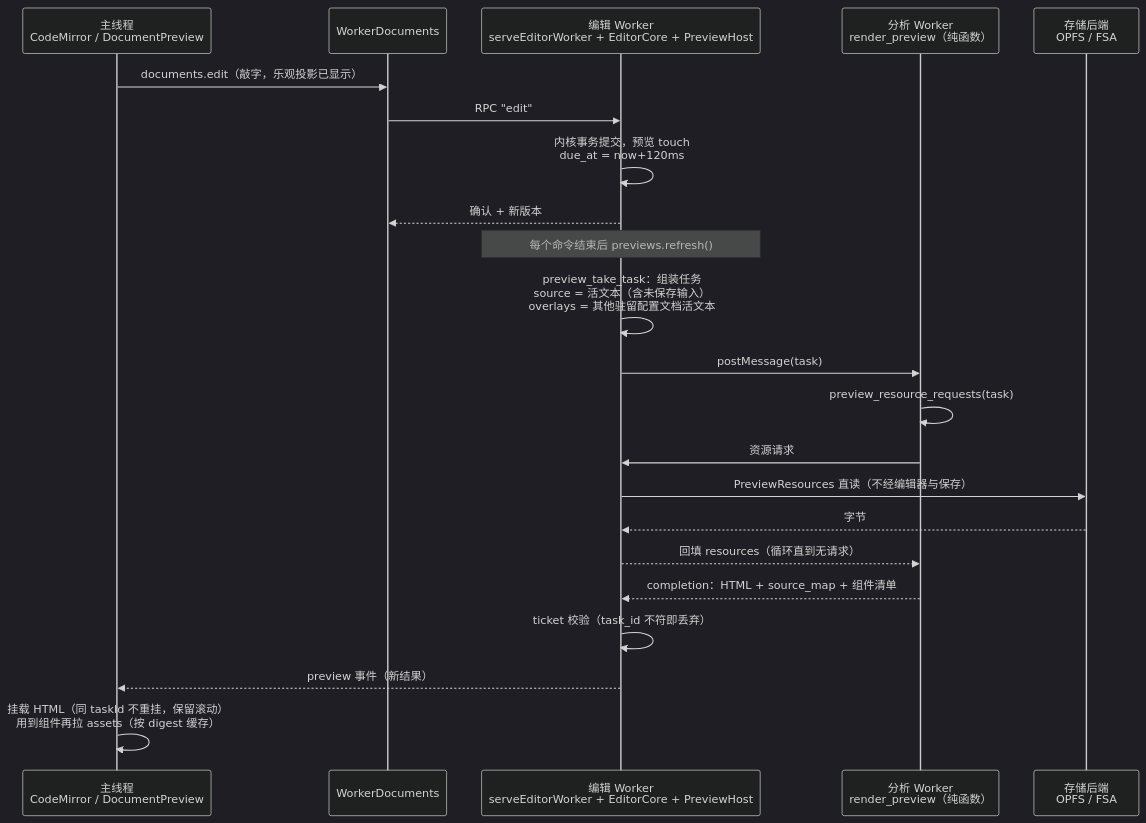
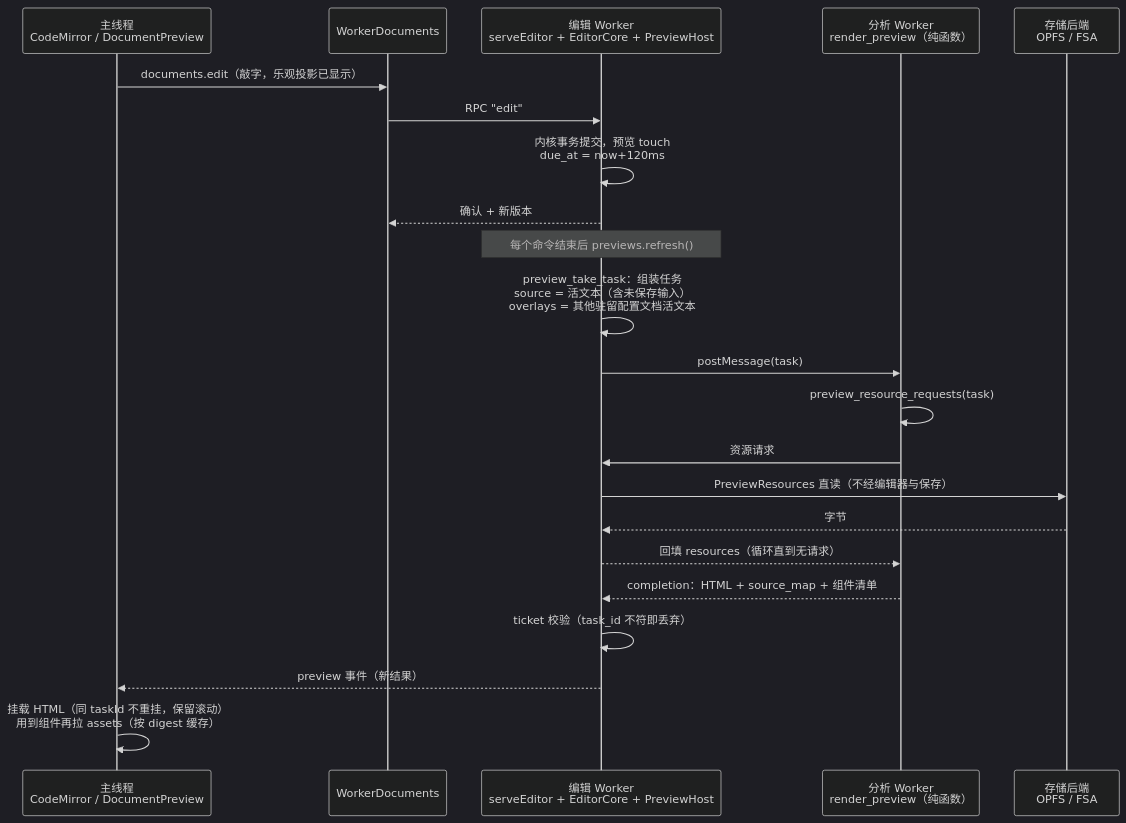
One commit to AzurIce/celestite changed the second of 2 diagrams in docs/core.md. Above: the diagram before and after it, drawn with Mermaid (dark theme). The commit also changed other lines of this file and 51 other files, not shown here.

````diff
--- a/docs/core.md
+++ b/docs/core.md
@@ -111,25 +109,25 @@
 ```mermaid
 sequenceDiagram
     participant UI as 主线程<br/>CodeMirror / DocumentPreview
     participant WD as WorkerDocuments
-    participant SVC as 编辑 Worker<br/>serveEditorWorker + EditorCore + PreviewHost
+    participant SVC as 编辑 Worker<br/>serveEditor + EditorCore + PreviewHost
     participant AW as 分析 Worker<br/>render_preview（纯函数）
     participant FS as 存储后端<br/>OPFS / FSA
 
     UI->>WD: documents.edit（敲字，乐观投影已显示）
     WD->>SVC: RPC "edit"
     SVC->>SVC: 内核事务提交，预览 touch<br/>due_at = now+120ms
     SVC-->>WD: 确认 + 新版本
     Note over SVC: 每个命令结束后 previews.refresh()
     SVC->>SVC: preview_take_task：组装任务<br/>source = 活文本（含未保存输入）<br/>overlays = 其他驻留配置文档活文本
     SVC->>AW: postMessage(task)
     AW->>AW: preview_resource_requests(task)
     AW->>SVC: 资源请求
     SVC->>FS: PreviewResources 直读（不经编辑器与保存）
     FS-->>SVC: 字节
     SVC-->>AW: 回填 resources（循环直到无请求）
     AW-->>SVC: completion：HTML + source_map + 组件清单
     SVC->>SVC: ticket 校验（task_id 不符即丢弃）
     SVC-->>UI: preview 事件（新结果）
     UI->>UI: 挂载 HTML（同 taskId 不重挂，保留滚动）<br/>用到组件再拉 assets（按 digest 缓存）
 ```
````
